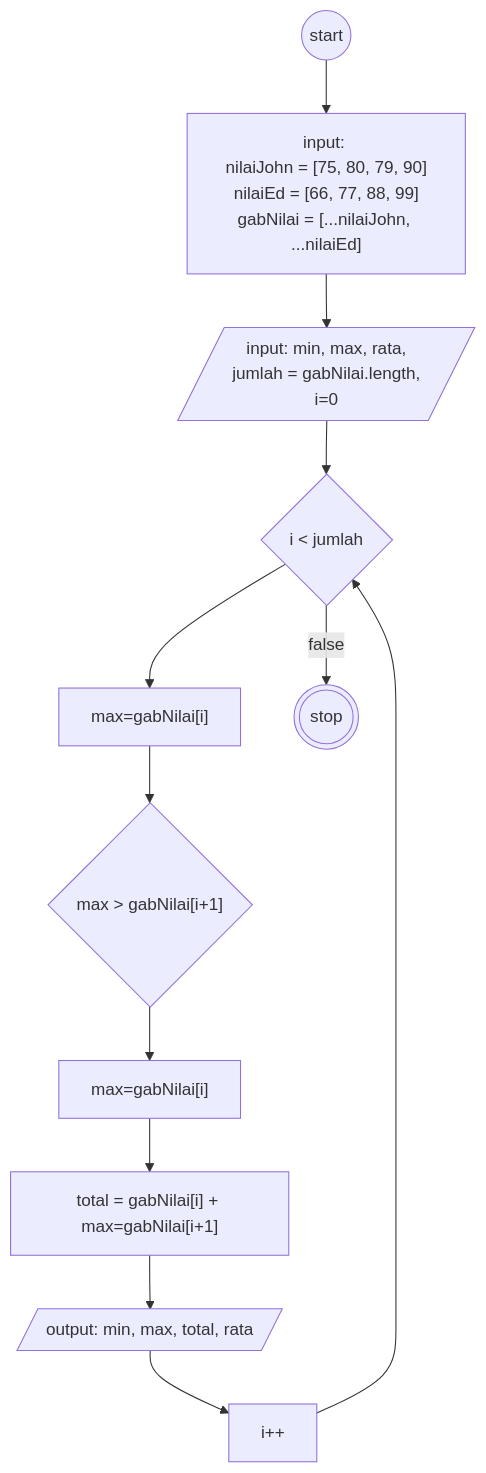
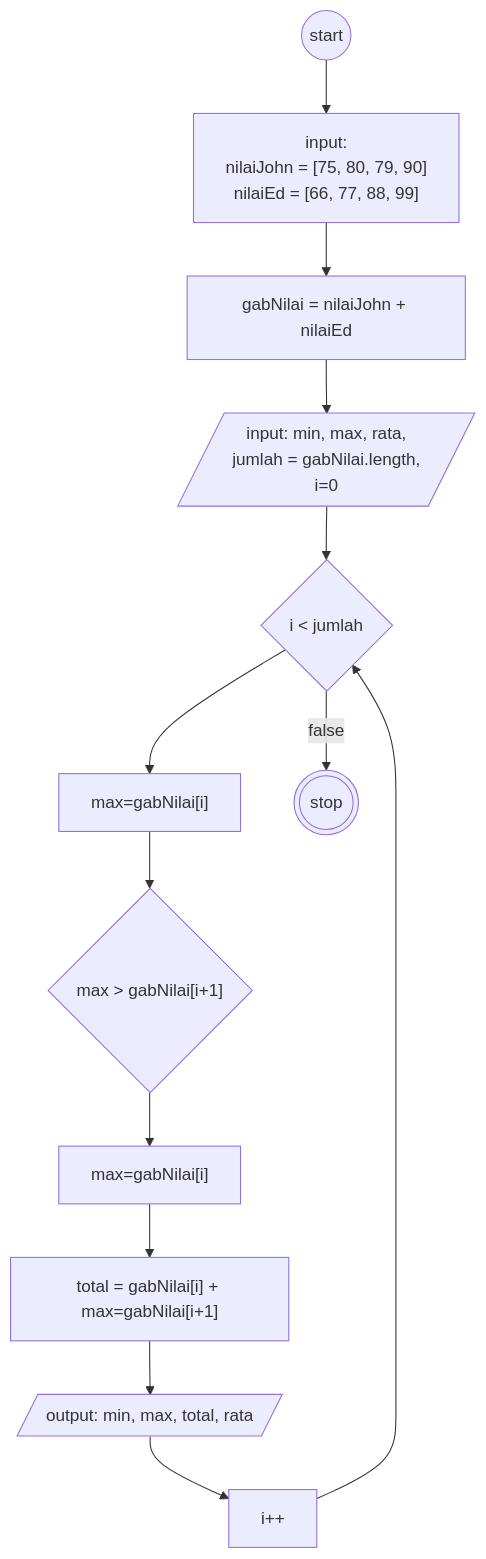
One commit to mslthn/koda-b6-javascript2 changed the diagram in flowchart.md. Above: the diagram before and after it, drawn with Mermaid. The commit also changed 1 other file, not shown here.

````diff
--- a/flowchart.md
+++ b/flowchart.md
@@ -1,26 +1,26 @@
 ```mermaid
 flowchart TD
 start@{shape: circ}
 array@{label: "input: 
 nilaiJohn = [75, 80, 79, 90]
-nilaiEd = [66, 77, 88, 99]
-gabNilai = [...nilaiJohn, ...nilaiEd]"}
+nilaiEd = [66, 77, 88, 99]"}
+gabung@{label: "gabNilai = nilaiJohn + nilaiEd"}
 init@{shape: lean-r, label: "input: min, max, rata,
 jumlah = gabNilai.length,
 i=0"}
 
 fori@{shape: diamond, label: "i < jumlah"}
 i++
 max@{label: "max=gabNilai[i]"}
 ifmax@{shape: diamond, label: "max > gabNilai[i+1]"}
 truemax@{label: "max=gabNilai[i]"}
 total@{label: "total = gabNilai[i] + max=gabNilai[i+1]"}
 
 output@{shape: lean-r, label: "output: min, max, total, rata"}
 stop@{shape: dbl-circ}
 
-start-->array-->init-->fori
+start-->array-->gabung-->init-->fori
 fori-->max-->ifmax-->truemax-->total-->output-->i++-->fori
 fori-->|false| stop
 
 ```
````
